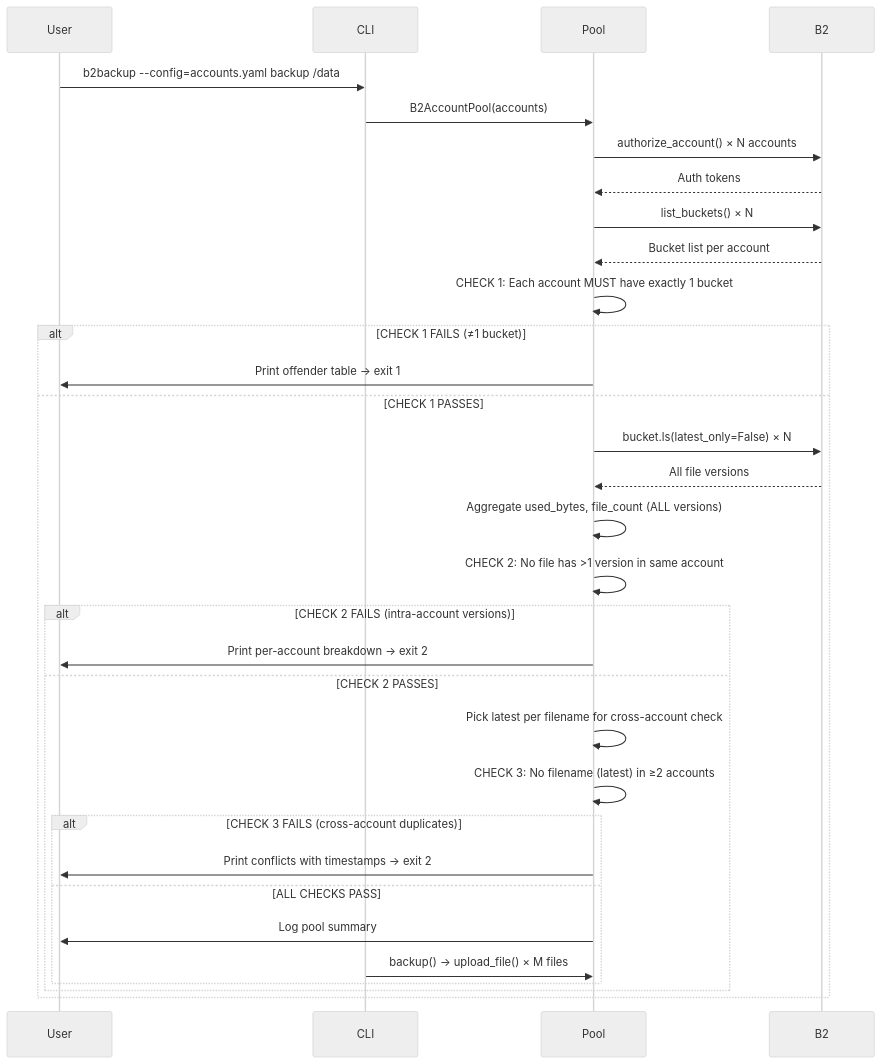
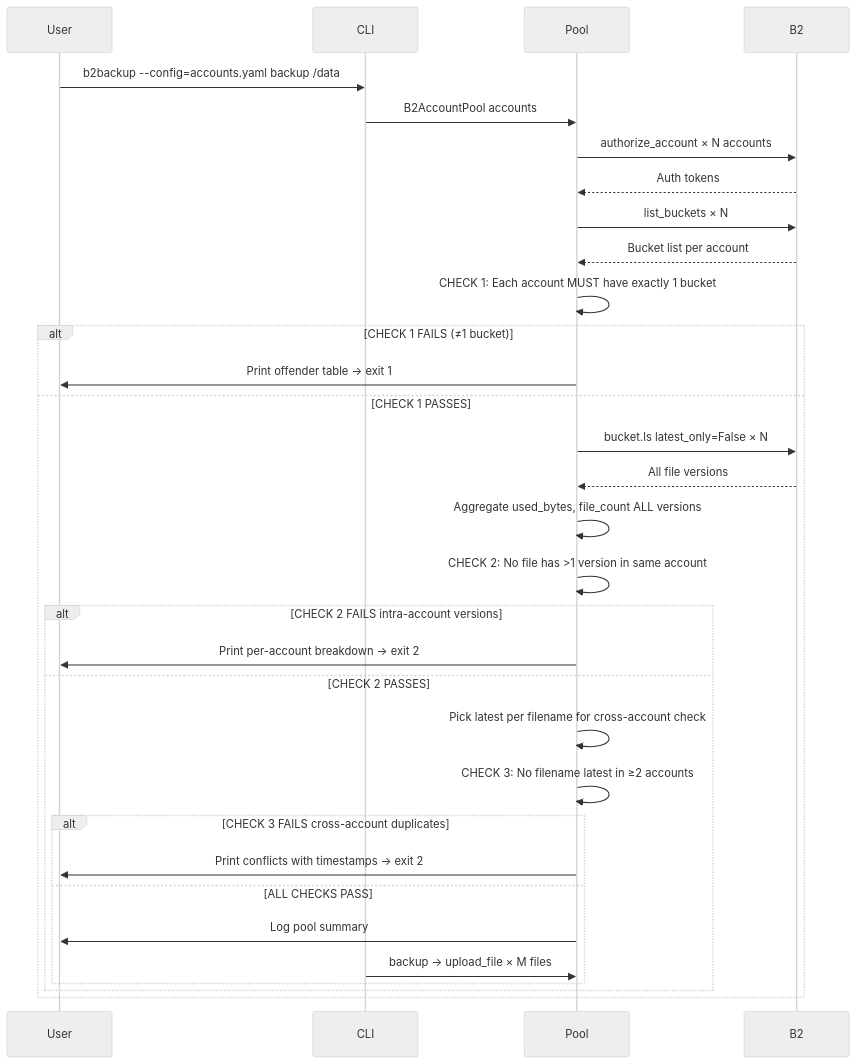
The fifth of 5 diagrams in README.md (txtr/b2backup), drawn with Mermaid (neutral theme) before and after one commit. The commit also changed other lines of this file, not shown here.

Commit message:
README: fix mermaid diagram syntax (remove parentheses in node labels)

````diff
--- a/README.md
+++ b/README.md
@@ -254,35 +254,35 @@
 ```mermaid
 sequenceDiagram
     participant User
     participant CLI
     participant Pool
     participant B2
 
     User->>CLI: b2backup --config=accounts.yaml backup /data
-    CLI->>Pool: B2AccountPool(accounts)
-    Pool->>B2: authorize_account() × N accounts
+    CLI->>Pool: B2AccountPool accounts
+    Pool->>B2: authorize_account × N accounts
     B2-->>Pool: Auth tokens
-    Pool->>B2: list_buckets() × N
+    Pool->>B2: list_buckets × N
     B2-->>Pool: Bucket list per account
     Pool->>Pool: CHECK 1: Each account MUST have exactly 1 bucket
     alt CHECK 1 FAILS (≠1 bucket)
         Pool->>User: Print offender table → exit 1
     else CHECK 1 PASSES
-        Pool->>B2: bucket.ls(latest_only=False) × N
+        Pool->>B2: bucket.ls latest_only=False × N
         B2-->>Pool: All file versions
-        Pool->>Pool: Aggregate used_bytes, file_count (ALL versions)
+        Pool->>Pool: Aggregate used_bytes, file_count ALL versions
         Pool->>Pool: CHECK 2: No file has >1 version in same account
-        alt CHECK 2 FAILS (intra-account versions)
+        alt CHECK 2 FAILS intra-account versions
             Pool->>User: Print per-account breakdown → exit 2
         else CHECK 2 PASSES
             Pool->>Pool: Pick latest per filename for cross-account check
-            Pool->>Pool: CHECK 3: No filename (latest) in ≥2 accounts
-            alt CHECK 3 FAILS (cross-account duplicates)
+            Pool->>Pool: CHECK 3: No filename latest in ≥2 accounts
+            alt CHECK 3 FAILS cross-account duplicates
                 Pool->>User: Print conflicts with timestamps → exit 2
             else ALL CHECKS PASS
                 Pool->>User: Log pool summary
-                CLI->>Pool: backup() → upload_file() × M files
+                CLI->>Pool: backup → upload_file × M files
             end
         end
     end
 ```
````
